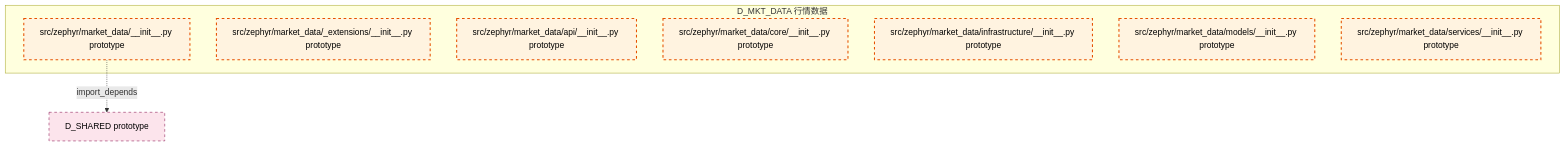
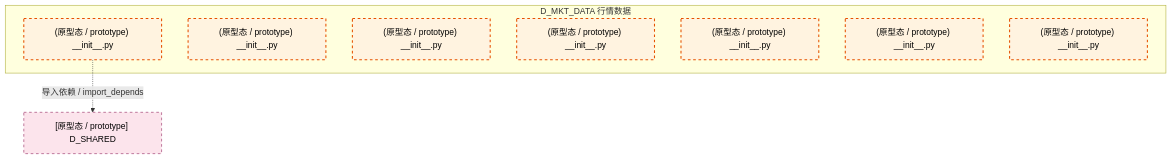
The diagram in docs/02_enterprise_architecture/02_domain_architecture_docs/14_d_mkt_data.md (xuanFelixVan/ZephyrAlpha), drawn with Mermaid before and after one commit. The commit also changed other lines of this file and 100 other files, not shown here.

````diff
--- a/docs/02_enterprise_architecture/02_domain_architecture_docs/14_d_mkt_data.md
+++ b/docs/02_enterprise_architecture/02_domain_architecture_docs/14_d_mkt_data.md
@@ -47,20 +49,20 @@
 ```mermaid
 graph TD
     subgraph D_MKT_DATA["D_MKT_DATA 行情数据"]
-        src_zephyr_market_data_init_py["src/zephyr/market_data/__init__.py prototype"]
-        src_zephyr_market_data_extensions_init_py["src/zephyr/market_data/_extensions/__init__.py prototype"]
-        src_zephyr_market_data_api_init_py["src/zephyr/market_data/api/__init__.py prototype"]
-        src_zephyr_market_data_core_init_py["src/zephyr/market_data/core/__init__.py prototype"]
-        src_zephyr_market_data_infrastructure_init_py["src/zephyr/market_data/infrastructure/__init__.py prototype"]
-        src_zephyr_market_data_models_init_py["src/zephyr/market_data/models/__init__.py prototype"]
-        src_zephyr_market_data_services_init_py["src/zephyr/market_data/services/__init__.py prototype"]
+        src_zephyr_market_data_init_py["(原型态 / prototype) __init__.py"]
+        src_zephyr_market_data_extensions_init_py["(原型态 / prototype) __init__.py"]
+        src_zephyr_market_data_api_init_py["(原型态 / prototype) __init__.py"]
+        src_zephyr_market_data_core_init_py["(原型态 / prototype) __init__.py"]
+        src_zephyr_market_data_infrastructure_init_py["(原型态 / prototype) __init__.py"]
+        src_zephyr_market_data_models_init_py["(原型态 / prototype) __init__.py"]
+        src_zephyr_market_data_services_init_py["(原型态 / prototype) __init__.py"]
     end
-    D_SHARED["D_SHARED prototype"]
-    src_zephyr_market_data_init_py -.->|import_depends| D_SHARED
+    D_SHARED["[原型态 / prototype] D_SHARED"]
+    src_zephyr_market_data_init_py -.->|导入依赖 / import_depends| D_SHARED
     classDef production fill:#e1f5fe,stroke:#01579b,stroke-width:2px,color:#000
     classDef design fill:#fff3e0,stroke:#e65100,stroke-width:2px,color:#000,stroke-dasharray: 5 5
     classDef external_prod fill:#e8f5e9,stroke:#1b5e20,stroke-width:1px,color:#000
     classDef external_design fill:#fce4ec,stroke:#880e4f,stroke-width:1px,color:#000,stroke-dasharray: 5 5
     class src_zephyr_market_data_init_py,src_zephyr_market_data_extensions_init_py,src_zephyr_market_data_api_init_py,src_zephyr_market_data_core_init_py,src_zephyr_market_data_infrastructure_init_py,src_zephyr_market_data_models_init_py,src_zephyr_market_data_services_init_py design
     class D_SHARED external_design
 ```
````
